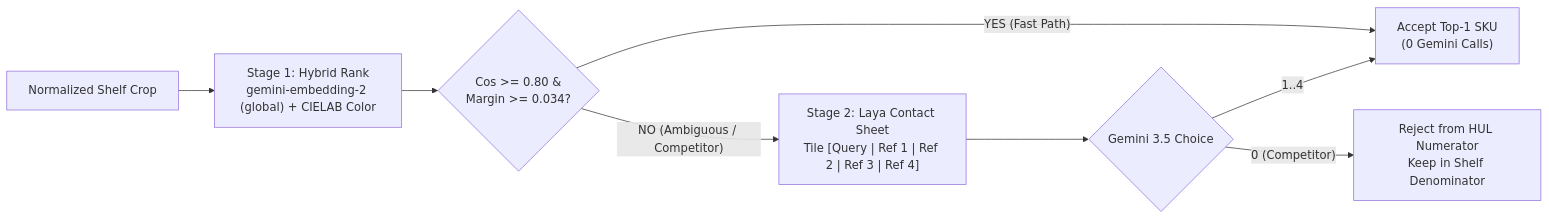
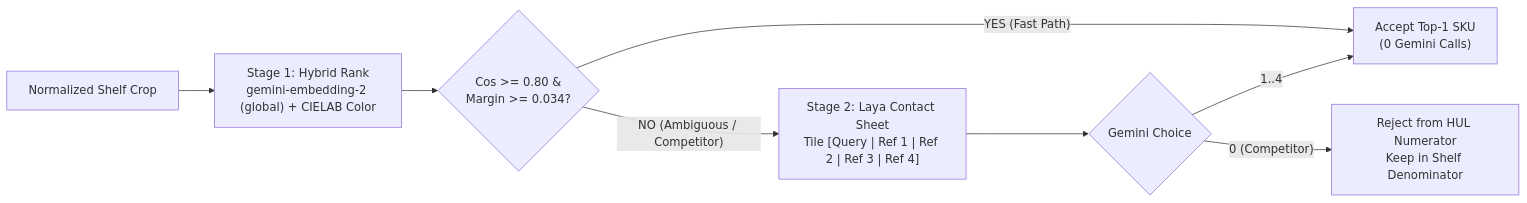
One commit to jigyasujuneja/unilever-shelf-understanding-e2e changed the third of 5 diagrams in docs/reference.md. Above: the diagram before and after it, drawn with Mermaid. The commit also changed other lines of this file and 7 other files, not shown here.

````diff
--- a/docs/reference.md
+++ b/docs/reference.md
@@ -202,10 +202,10 @@
 ```mermaid
 flowchart LR
   CROP["Normalized Shelf Crop"] --> JEV["Stage 1: Hybrid Rank<br/>gemini-embedding-2 (global) + CIELAB Color"]
   JEV --> GATE{"Cos >= 0.80 &<br/>Margin >= 0.034?"}
   GATE -- "YES (Fast Path)" --> MATCH["Accept Top-1 SKU<br/>(0 Gemini Calls)"]
   GATE -- "NO (Ambiguous / Competitor)" --> LAYA["Stage 2: Laya Contact Sheet<br/>Tile [Query | Ref 1 | Ref 2 | Ref 3 | Ref 4]"]
-  LAYA --> CHOICE{"Gemini 3.5 Choice"}
+  LAYA --> CHOICE{"Gemini Choice"}
   CHOICE -- "1..4" --> MATCH
   CHOICE -- "0 (Competitor)" --> REJ["Reject from HUL Numerator<br/>Keep in Shelf Denominator"]
 ```
````
